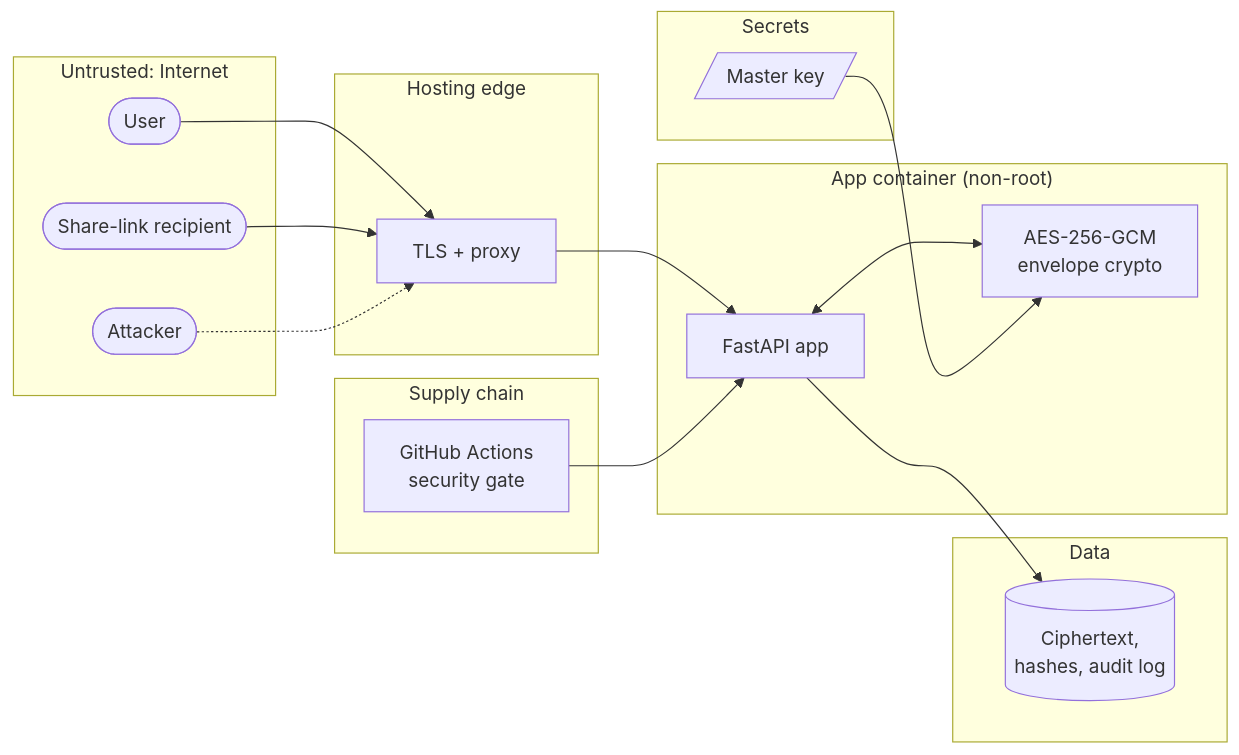
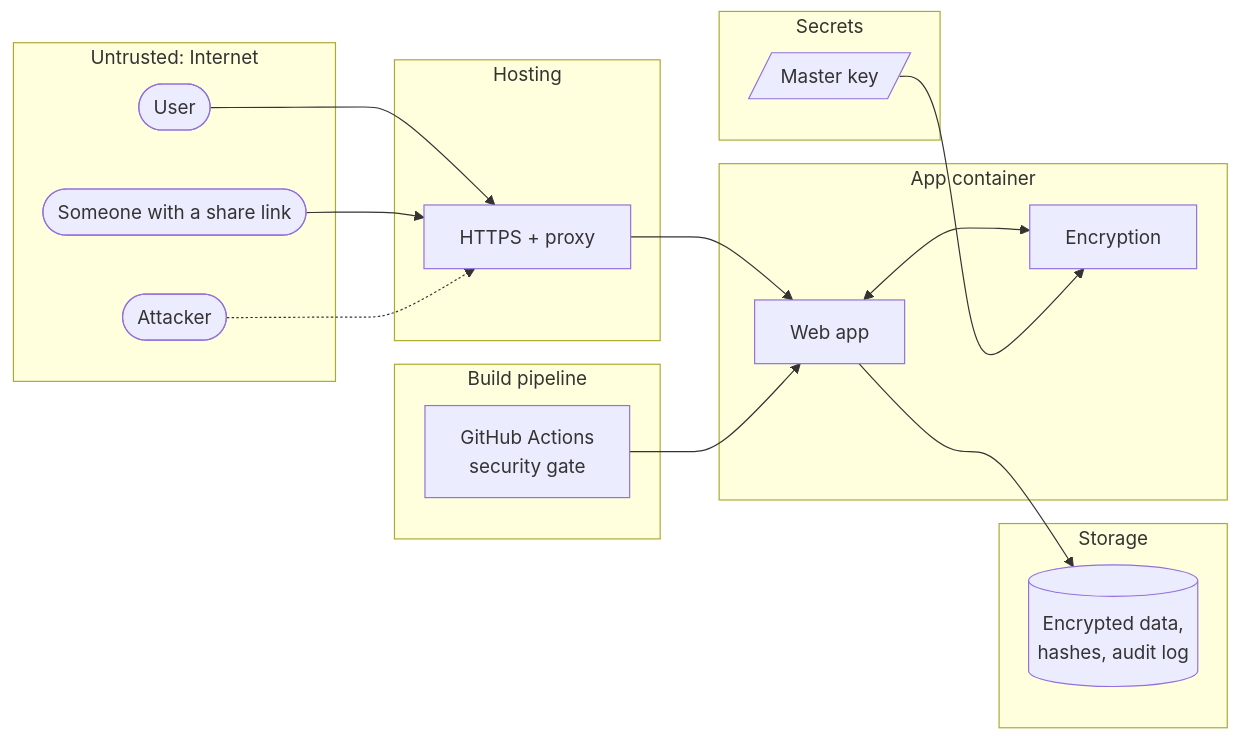
The diagram in README.md (funsoi-hub/secure-vault-threat-model), drawn with Mermaid before and after one commit. The commit also changed other lines of this file, not shown here.

````diff
--- a/README.md
+++ b/README.md
@@ -25,32 +47,32 @@
 ```mermaid
 flowchart LR
     subgraph Internet["Untrusted: Internet"]
         U(["User"])
-        G(["Share-link recipient"])
+        G(["Someone with a share link"])
         X(["Attacker"])
     end
-    subgraph Edge["Hosting edge"]
-        TLS["TLS + proxy"]
+    subgraph Edge["Hosting"]
+        TLS["HTTPS + proxy"]
     end
-    subgraph App["App container (non-root)"]
-        APP["FastAPI app"]
-        C["AES-256-GCM<br/>envelope crypto"]
+    subgraph App["App container"]
+        APP["Web app"]
+        C["Encryption"]
     end
-    subgraph Data["Data"]
-        DB[("Ciphertext,<br/>hashes, audit log")]
+    subgraph Data["Storage"]
+        DB[("Encrypted data,<br/>hashes, audit log")]
     end
     subgraph Secrets["Secrets"]
         K[/"Master key"/]
     end
-    subgraph Supply["Supply chain"]
+    subgraph Supply["Build pipeline"]
         CI["GitHub Actions<br/>security gate"]
     end
     U --> TLS
     G --> TLS
     X -.-> TLS
     TLS --> APP
     APP <--> C
     K --> C
     APP --> DB
     CI --> APP
 ```
````
